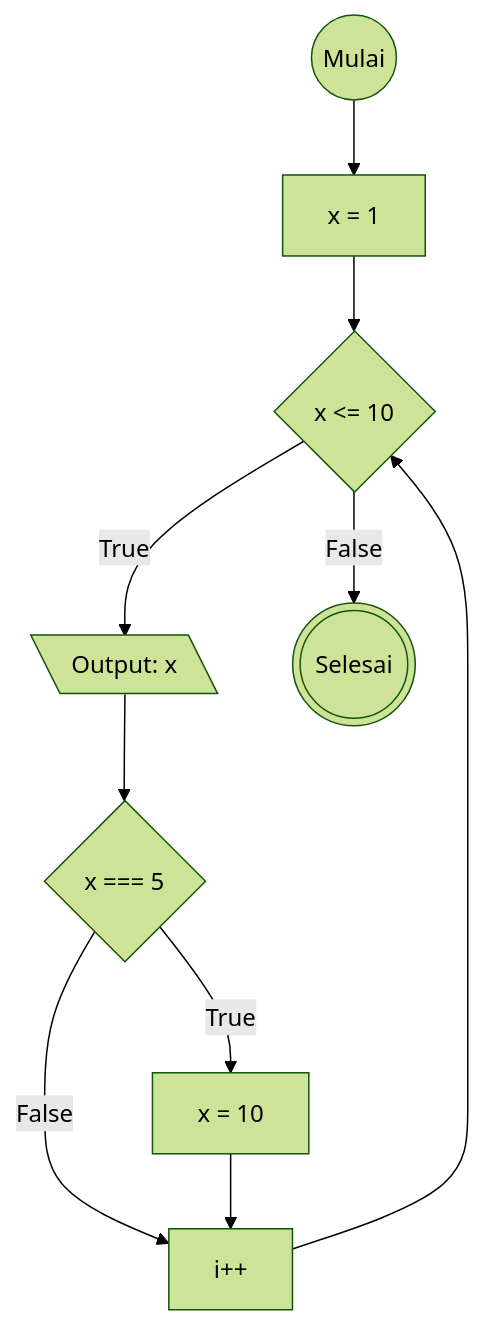
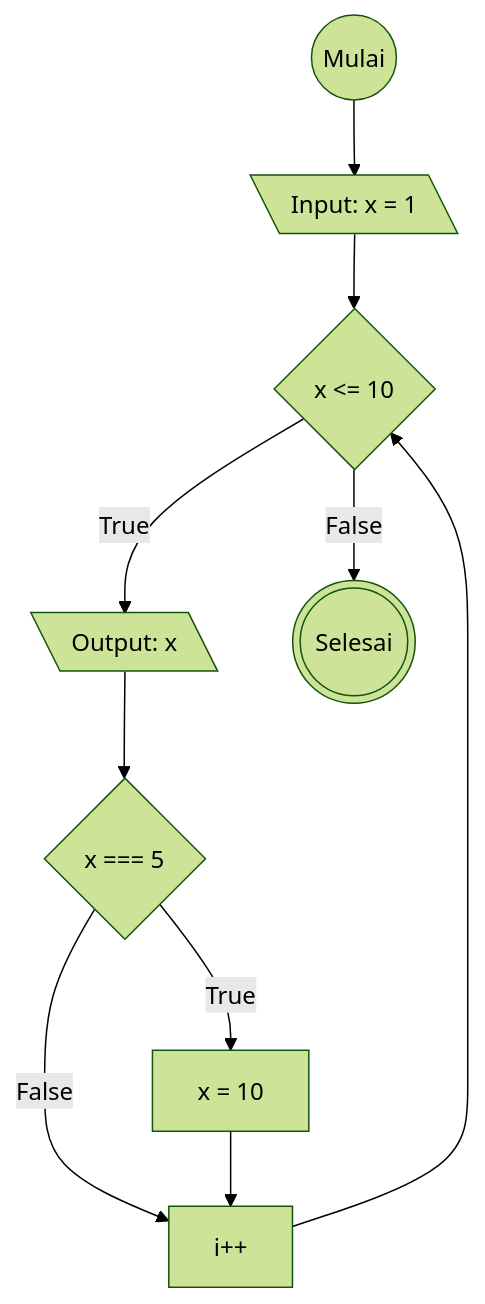
The diagram in flowchart-loop.md (rezafauzan/koda-b6-javascript1), drawn with Mermaid (forest theme) before and after one commit.

Commit message:
Patch: fix labeling on initialization

````diff
--- a/flowchart-loop.md
+++ b/flowchart-loop.md
@@ -4,16 +4,16 @@
 ```mermaid
 flowchart TD
 
 start@{"shape": circle, "label": "Mulai"}
-init@{"shape": rectangle, "label": "x = 1"}
+init@{"shape": lean-l, "label": "Input: x = 1"}
 isxLtTen@{"shape": diamond, "label": "x <= 10"}
 isxLtTenTrue@{"shape": lean-l, "label": "Output: x"}
 isxEqFive@{"shape": diamond, "label": "x === 5"}
 isxEqFiveTrue@{"shape": rectangle, "label": "x = 10"}
 ipp@{"shape": rectangle, "label": "i++"}
 stop@{"shape": dbl-circ, "label": "Selesai"}
 
 start-->init-->isxLtTen--True-->isxLtTenTrue-->isxEqFive--False-->ipp-->isxLtTen
 isxEqFive--True-->isxEqFiveTrue-->ipp
 isxLtTen--False-->stop
 ```
````
